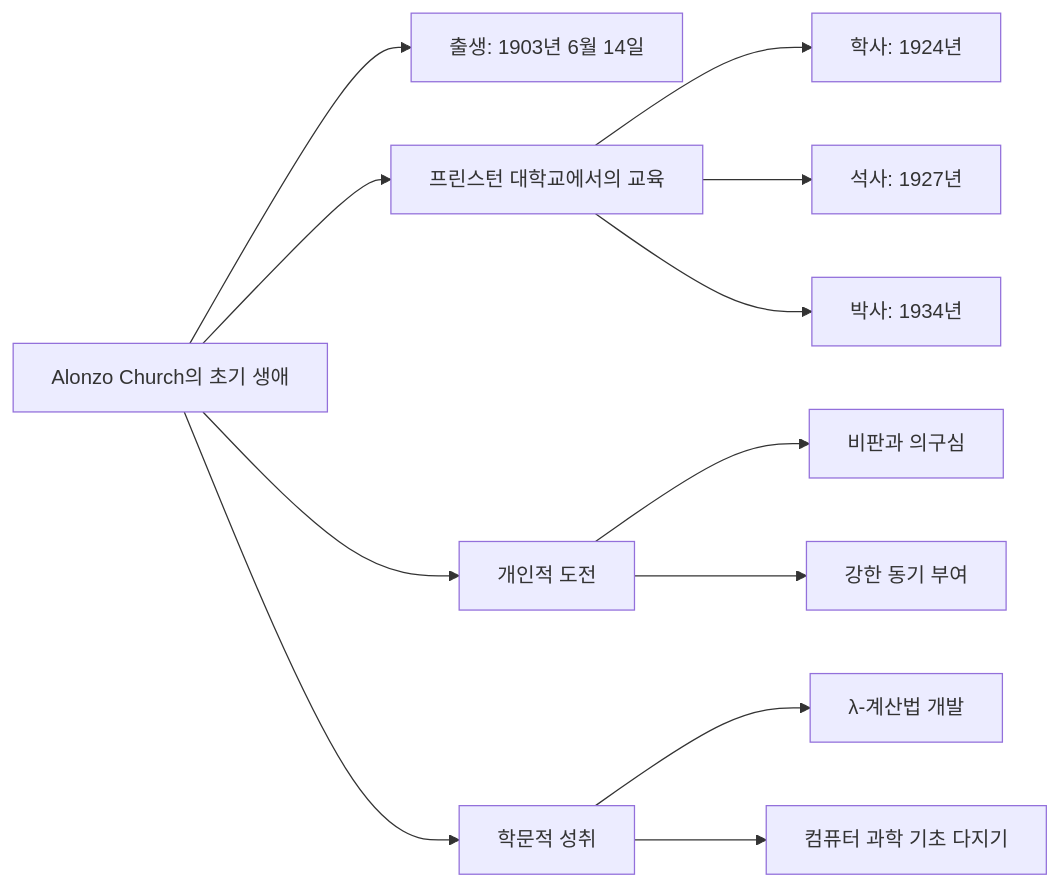
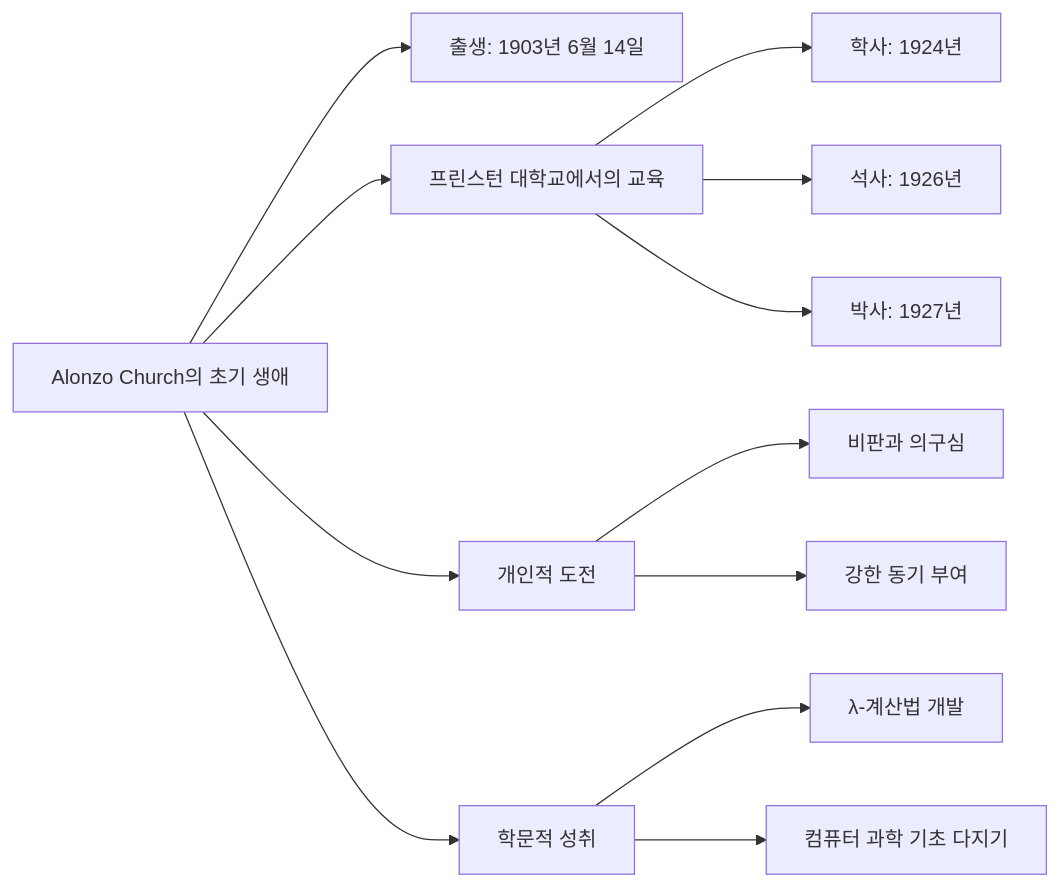
One commit to 42jerrykim/42jerrykim.github.io changed the second of 9 diagrams in content/post/2024/2024-11-08-Alonzo-Church/index.md. Above: the diagram before and after it, drawn with Mermaid. The commit also changed other lines of this file and 239 other files, not shown here.

````diff
--- a/content/post/2024/2024-11-08-Alonzo-Church/index.md
+++ b/content/post/2024/2024-11-08-Alonzo-Church/index.md
@@ -191,14 +179,26 @@
 ```mermaid
-graph LR;
-    A[Alonzo Church의 초기 생애] --> B[출생: 1903년 6월 14일]
-    A --> C[프린스턴 대학교에서의 교육]
-    C --> D[학사: 1924년]
-    C --> E[석사: 1927년]
-    C --> F[박사: 1934년]
-    A --> G[개인적 도전]
-    G --> H[비판과 의구심]
-    G --> I[강한 동기 부여]
-    A --> J[학문적 성취]
-    J --> K[λ-계산법 개발]
-    J --> L[컴퓨터 과학 기초 다지기]
-``` 
+graph LR
+    earlyLife["Alonzo Church의 초기 생애"]
+    birth["출생: 1903년 6월 14일"]
+    princetonEdu["프린스턴 대학교에서의 교육"]
+    ba["학사: 1924년"]
+    ma["석사: 1926년"]
+    phd["박사: 1927년"]
+    personalChal["개인적 도전"]
+    criticism["비판과 의구심"]
+    motivation["강한 동기 부여"]
+    academicAch["학문적 성취"]
+    lambdaDev["λ-계산법 개발"]
+    csFoundation["컴퓨터 과학 기초 다지기"]
+    earlyLife --> birth
+    earlyLife --> princetonEdu
+    princetonEdu --> ba
+    princetonEdu --> ma
+    princetonEdu --> phd
+    earlyLife --> personalChal
+    personalChal --> criticism
+    personalChal --> motivation
+    earlyLife --> academicAch
+    academicAch --> lambdaDev
+    academicAch --> csFoundation
+```
````
